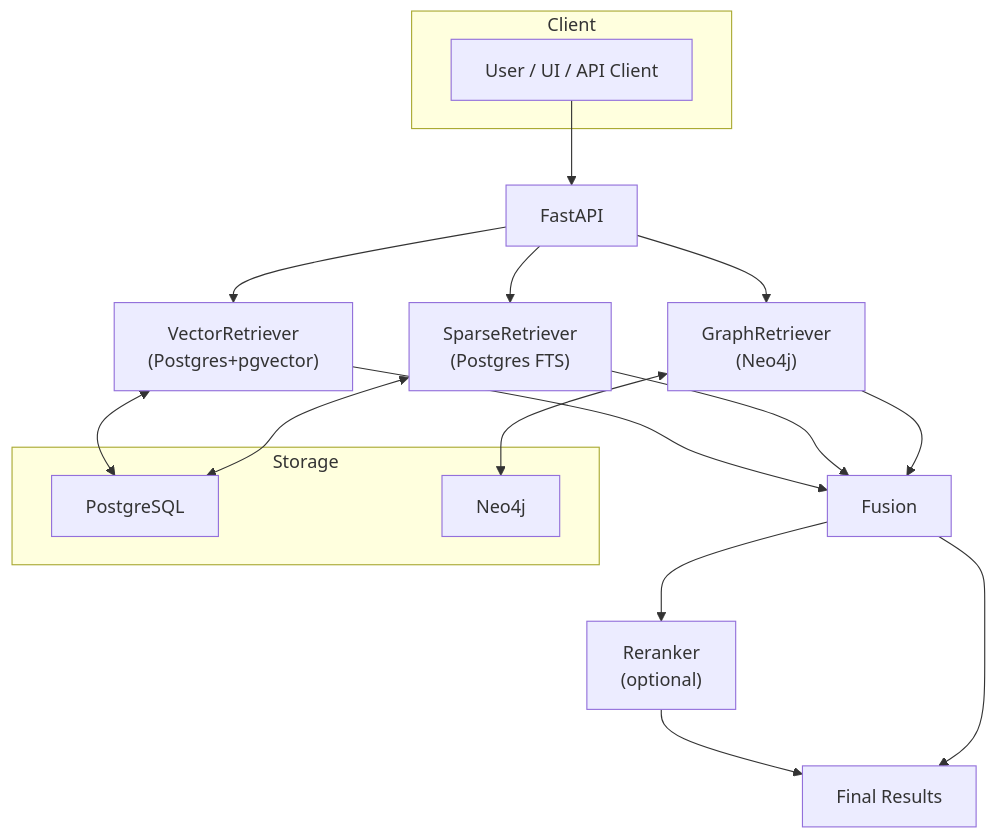
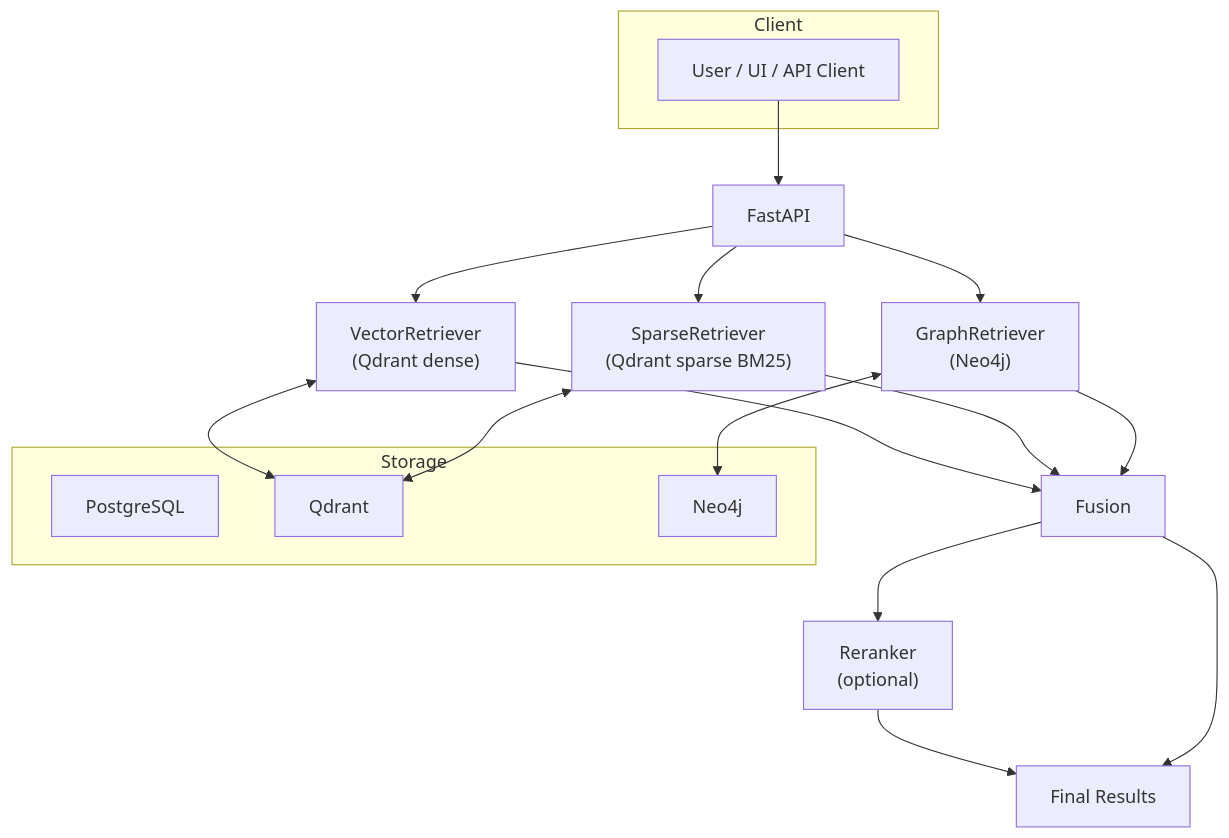
Before and after one commit to DMontgomery40/ragweld: the second of 2 diagrams in mkdocs/docs/index.md, drawn with Mermaid. The commit also changed other lines of this file and 12 other files, not shown here.

````diff
--- a/mkdocs/docs/index.md
+++ b/mkdocs/docs/index.md
@@ -257,26 +257,27 @@
 ```mermaid
 flowchart TB
     subgraph Client
       U["User / UI / API Client"]
     end
 
     U --> A["FastAPI"]
-    A --> V["VectorRetriever\n(Postgres+pgvector)"]
-    A --> S["SparseRetriever\n(Postgres FTS)"]
+    A --> V["VectorRetriever\n(Qdrant dense)"]
+    A --> S["SparseRetriever\n(Qdrant sparse BM25)"]
     A --> G["GraphRetriever\n(Neo4j)"]
     V --> F["Fusion"]
     S --> F
     G --> F
     F --> R["Reranker\n(optional)"]
     R --> O["Final Results"]
     F --> O
 
     subgraph Storage
       P["PostgreSQL"]
+      QD["Qdrant"]
       N["Neo4j"]
     end
 
-    V <--> P
-    S <--> P
+    V <--> QD
+    S <--> QD
     G <--> N
 ```
````
